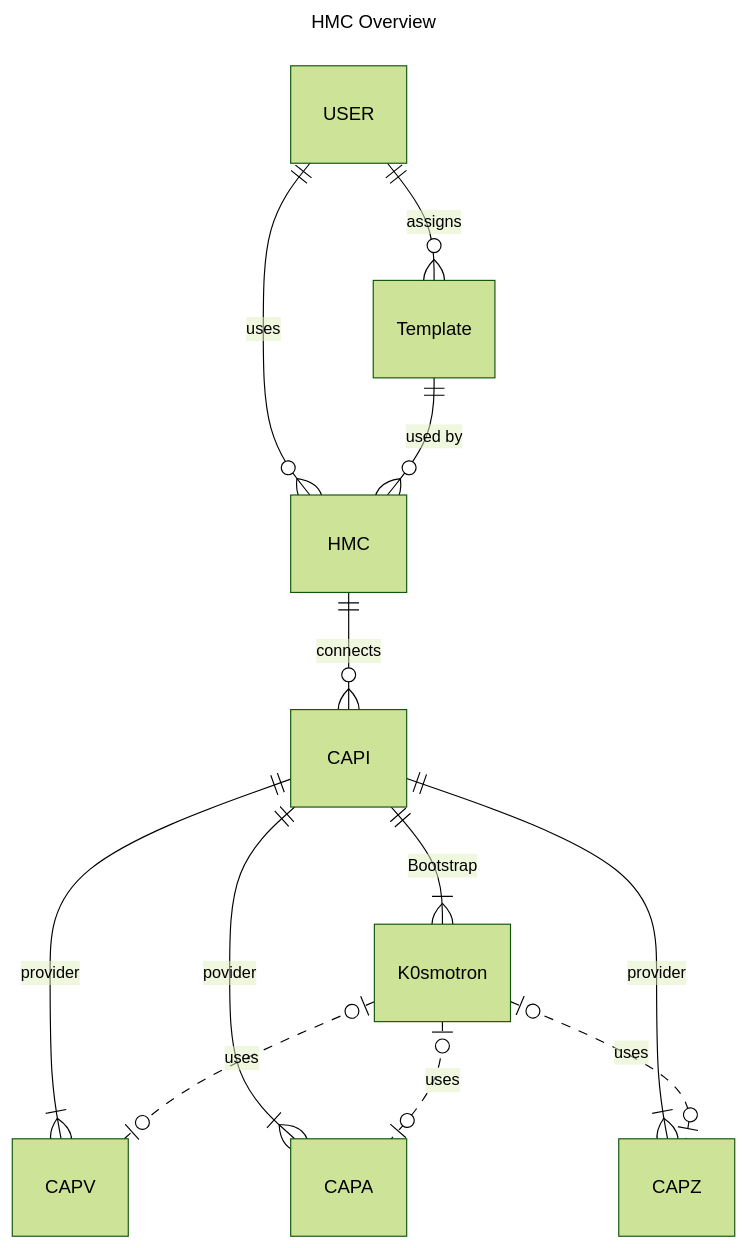
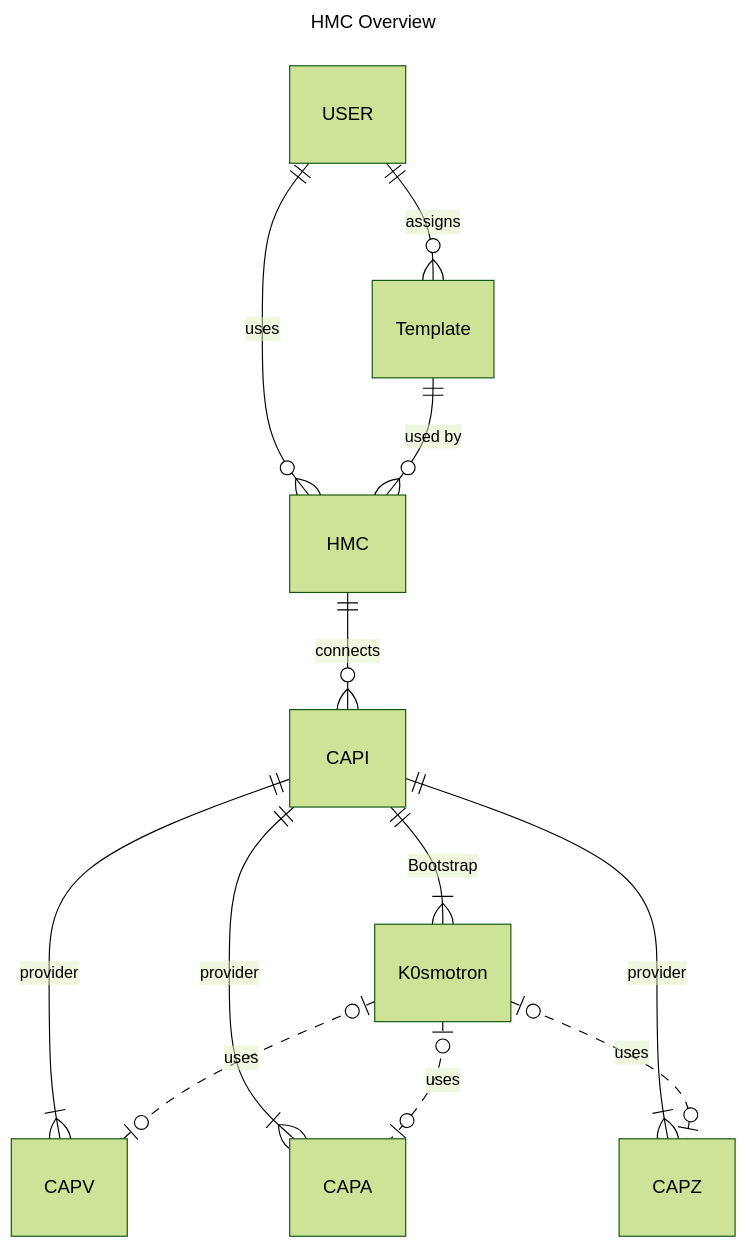
The diagram in docs/introduction.md (Mirantis/hmc), drawn with Mermaid (forest theme) before and after one commit.

Commit message:
one more fix in the introduction.md

````diff
--- a/docs/introduction.md
+++ b/docs/introduction.md
@@ -3,17 +3,17 @@
 ```mermaid
 ---
 title: HMC Overview
 ---
 erDiagram
     USER ||--o{ HMC : uses
     USER ||--o{ Template : assigns
     Template ||--o{ HMC : "used by"
     HMC ||--o{ CAPI : connects
     CAPI ||--|{ CAPV : provider
-    CAPI ||--|{ CAPA : povider
+    CAPI ||--|{ CAPA : provider
     CAPI ||--|{ CAPZ : provider
     CAPI ||--|{ K0smotron : Bootstrap
     K0smotron |o..o| CAPV : uses
     K0smotron |o..o| CAPA : uses
     K0smotron |o..o| CAPZ : uses
 ```
````
